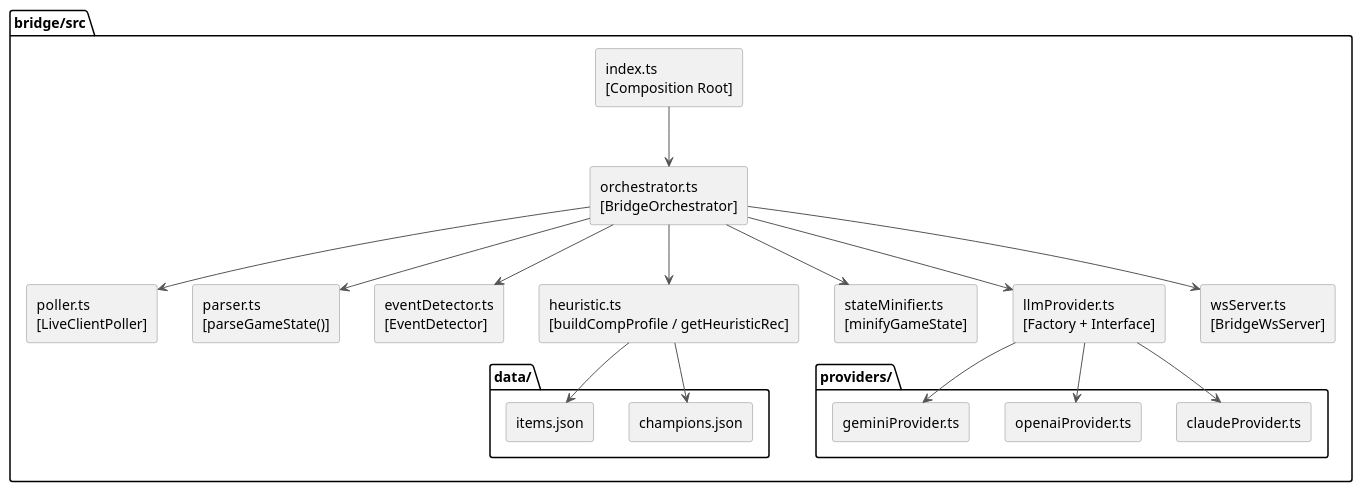
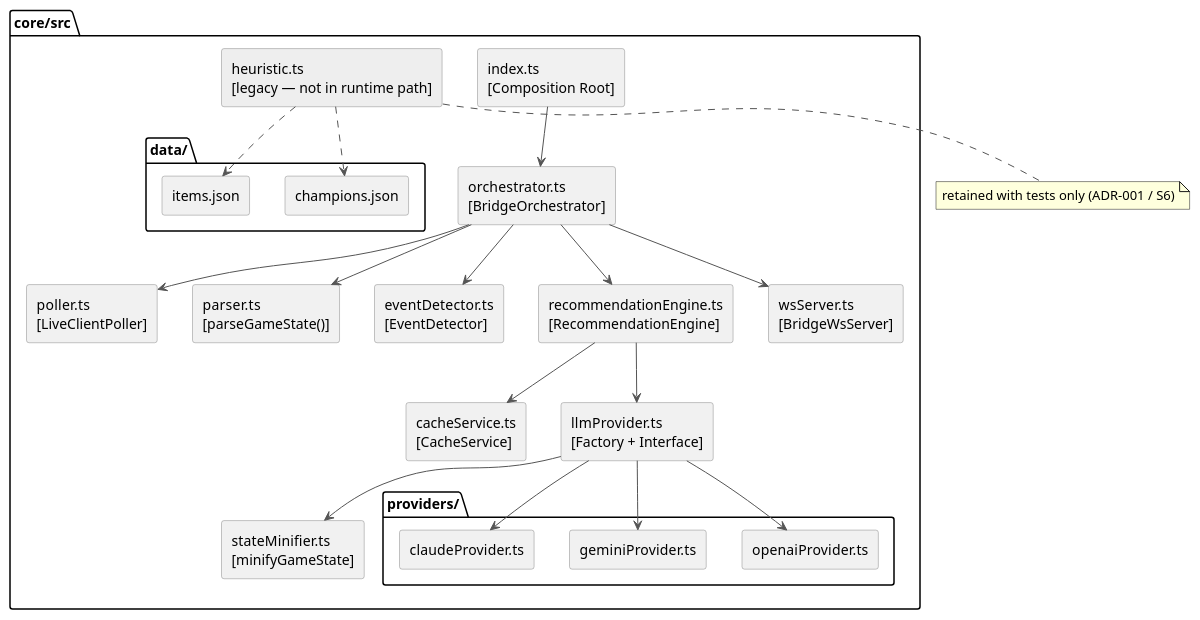
The diagram in docs/umls/05_bridge_whitebox.puml (NexusHero/LOLRecommender), drawn with PlantUML before and after one commit. The commit also changed 11 other files, not shown here.

```diff
--- a/docs/umls/05_bridge_whitebox.puml
+++ b/docs/umls/05_bridge_whitebox.puml
@@ -1,44 +1,48 @@
 @startuml
 skinparam componentStyle rectangle
 skinparam backgroundColor #FFFFFF
 skinparam defaultFontName Arial
 skinparam ArrowColor #555555
 skinparam componentBorderColor #888888
 
-package "bridge/src" {
+package "core/src" {
   component "index.ts\n[Composition Root]" as index
   component "orchestrator.ts\n[BridgeOrchestrator]" as orch
   component "poller.ts\n[LiveClientPoller]" as poller
   component "parser.ts\n[parseGameState()]" as parser
   component "eventDetector.ts\n[EventDetector]" as detector
-  component "heuristic.ts\n[buildCompProfile / getHeuristicRec]" as heuristic
+  component "recommendationEngine.ts\n[RecommendationEngine]" as engine
+  component "cacheService.ts\n[CacheService]" as cache
   component "stateMinifier.ts\n[minifyGameState]" as minifier
   component "llmProvider.ts\n[Factory + Interface]" as llmprov
   component "wsServer.ts\n[BridgeWsServer]" as wsserver
+  component "heuristic.ts\n[legacy — not in runtime path]" as heuristic #EEEEEE
 
   package "data/" {
     component "champions.json" as champ
     component "items.json" as items
   }
 
   package "providers/" {
     component "claudeProvider.ts" as claude
     component "openaiProvider.ts" as openai
     component "geminiProvider.ts" as gemini
   }
 }
 
 index --> orch
 orch --> poller
 orch --> parser
 orch --> detector
-orch --> heuristic
-orch --> minifier
-orch --> llmprov
+orch --> engine
 orch --> wsserver
+engine --> cache
+engine --> llmprov
+llmprov --> minifier
 llmprov --> claude
 llmprov --> openai
 llmprov --> gemini
-heuristic --> champ
-heuristic --> items
+heuristic ..> champ
+heuristic ..> items
+note bottom of heuristic : retained with tests only (ADR-001 / S6)
 @enduml
```
